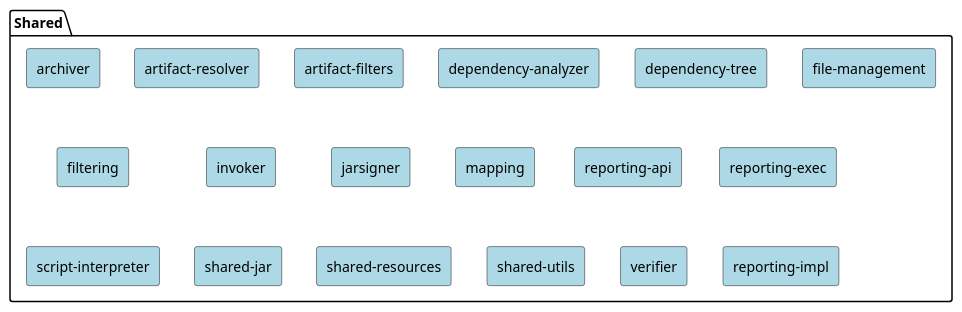
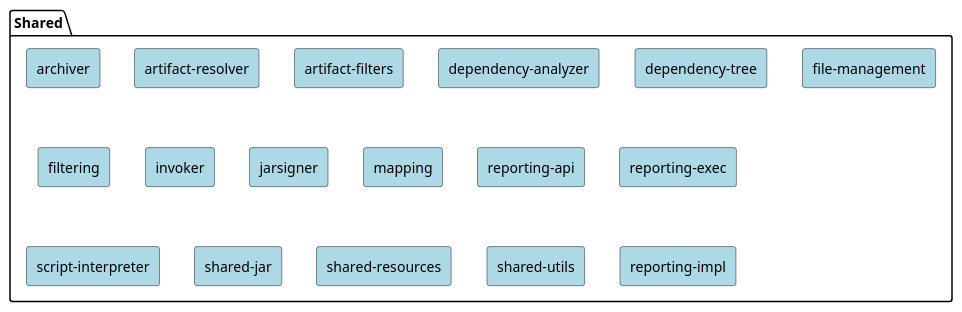
One commit to apache/maven-site changed the diagram in src/plantuml/maven-sources/shared.puml. Above: the diagram before and after it, drawn with PlantUML. The commit also changed 2 other files, not shown here.

Commit message:
Remove Maven Verifier from the shared index and SCM page
The component was retired by the vote that passed on 2026-09-26, and 2.0.0
is its final release:
https://lists.apache.org/thread/ctmrr59cq7kxclqz3yf1om1s3crprhcs

Its documentation stays reachable through the shared-archives page.

```diff
--- a/src/plantuml/maven-sources/shared.puml
+++ b/src/plantuml/maven-sources/shared.puml
@@ -19,73 +19,70 @@
 @startuml
 
 <style>
     rectangle {
         BackgroundColor LightBlue
     }
 }
 </style>
 
 package "Shared" {
   rectangle "archiver"
   rectangle "artifact-resolver"
   rectangle "artifact-filters"
   rectangle "dependency-analyzer"
   rectangle "dependency-tree"
   rectangle "file-management"
   rectangle "filtering"
   rectangle "invoker"
   rectangle "jarsigner"
   rectangle "mapping"
   rectangle "reporting-api"
   rectangle "reporting-exec"
   rectangle "reporting-impl"
   rectangle "script-interpreter"
   rectangle "shared-jar"
   rectangle "shared-resources"
   rectangle "shared-utils"
-  rectangle "verifier"
 }
 
 'hidden dependencies to change layout
 "archiver" -[hidden]down-> "filtering"
 "filtering" -[hidden]down-> "script-interpreter"
 
 "archiver" -[hidden]> "artifact-resolver"
 "artifact-resolver" -[hidden]> "artifact-filters"
 "artifact-filters" -[hidden]> "dependency-analyzer"
 "dependency-analyzer" -[hidden]> "dependency-tree"
 "dependency-tree" -[hidden]> "file-management"
 
 "filtering" -[hidden]> "invoker"
 "invoker" -[hidden]> "jarsigner"
 "jarsigner" -[hidden]> "mapping"
 "mapping" -[hidden]> "reporting-api"
 "reporting-api" -[hidden]> "reporting-exec"
 "reporting-exec" -[hidden]> "reporting-impl"
 "reporting-impl" -[hidden]> "script-interpreter"
 
 "script-interpreter" -[hidden]> "shared-jar"
 "shared-jar" -[hidden]> "shared-resources"
 "shared-resources" -[hidden]> "shared-utils"
-"shared-utils" -[hidden]> "verifier"
 
 
 url of "archiver" is [[https://github.com/apache/maven-archiver]]
 url of "artifact-resolver" is [[https://github.com/apache/maven-resolver]]
 url of "artifact-filters" is [[https://github.com/apache/maven-common-artifact-filters]]
 url of "dependency-analyzer" is [[https://github.com/apache/maven-dependency-analyzer]]
 url of "dependency-tree" is [[https://github.com/apache/maven-dependency-tree]]
 url of "file-management" is [[https://github.com/apache/maven-file-management]]
 url of "filtering" is [[https://github.com/apache/maven-filtering]]
 url of "invoker" is [[https://github.com/apache/maven-invoker]]
 url of "jarsigner" is [[https://github.com/apache/maven-jarsigner]]
 url of "mapping" is [[https://github.com/apache/maven-mapping]]
 url of "reporting-api" is [[https://github.com/apache/maven-reporting-api]]
 url of "reporting-exec" is [[https://github.com/apache/maven-reporting-exec]]
 url of "reporting-impl" is [[https://github.com/apache/maven-reporting-impl]]
 url of "script-interpreter" is [[https://github.com/apache/maven-script-interpreter]]
 url of "shared-jar" is [[https://github.com/apache/maven-shared-jar]]
 url of "shared-resources" is [[https://github.com/apache/maven-shared-resources]]
 url of "shared-utils" is [[https://github.com/apache/maven-shared-utils]]
-url of "verifier" is [[https://github.com/apache/maven-verifier]]
 @enduml
```
